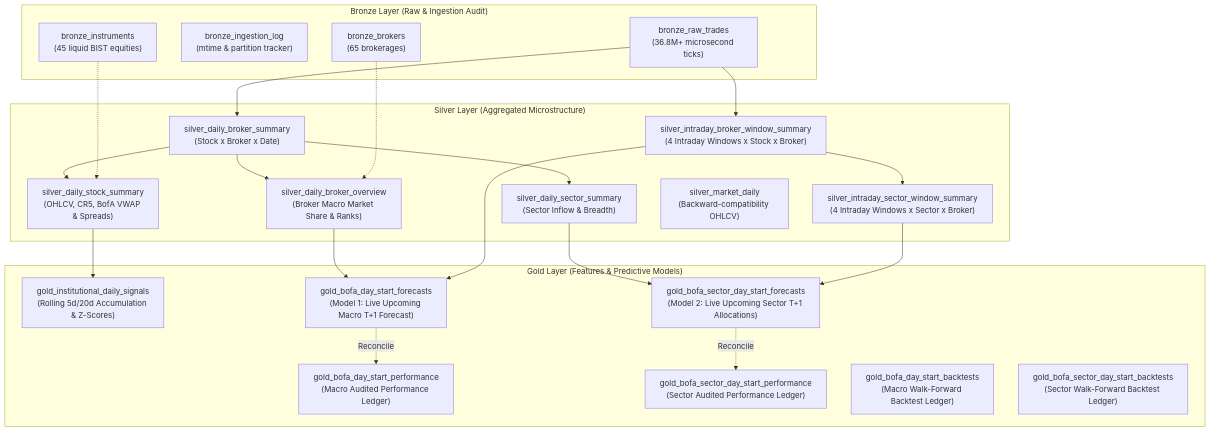
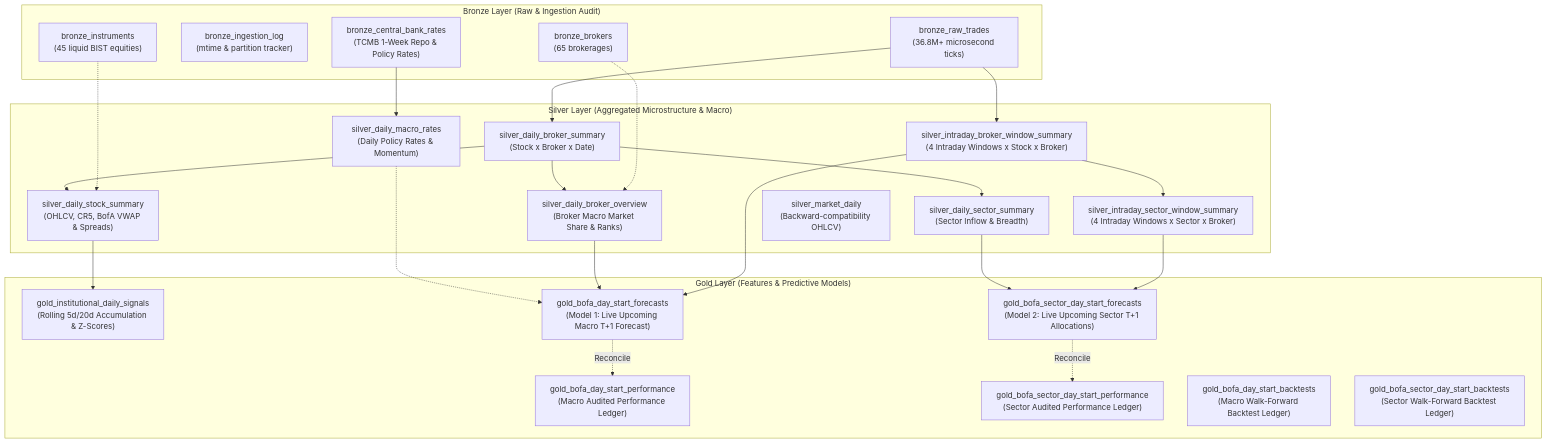
One commit to ozy-mdk/mdk-trade-oracle changed the diagram in .agents/skills/mdk-medallion-pipeline/SKILL.md. Above: the diagram before and after it, drawn with Mermaid. The commit also changed other lines of this file and 9 other files, not shown here.

````diff
--- a/.agents/skills/mdk-medallion-pipeline/SKILL.md
+++ b/.agents/skills/mdk-medallion-pipeline/SKILL.md
@@ -28,47 +28,51 @@
 ```mermaid
 flowchart TD
     subgraph Bronze["Bronze Layer (Raw & Ingestion Audit)"]
         B_RAW["bronze_raw_trades<br/>(36.8M+ microsecond ticks)"]
         B_LOG["bronze_ingestion_log<br/>(mtime & partition tracker)"]
         B_BROK["bronze_brokers<br/>(65 brokerages)"]
         B_INST["bronze_instruments<br/>(45 liquid BIST equities)"]
+        B_CBRT["bronze_central_bank_rates<br/>(TCMB 1-Week Repo & Policy Rates)"]
     end
 
-    subgraph Silver["Silver Layer (Aggregated Microstructure)"]
+    subgraph Silver["Silver Layer (Aggregated Microstructure & Macro)"]
         S_BROK_SUM["silver_daily_broker_summary<br/>(Stock x Broker x Date)"]
         S_BROK_OVR["silver_daily_broker_overview<br/>(Broker Macro Market Share & Ranks)"]
         S_STK_SUM["silver_daily_stock_summary<br/>(OHLCV, CR5, BofA VWAP & Spreads)"]
         S_SEC_SUM["silver_daily_sector_summary<br/>(Sector Inflow & Breadth)"]
         S_WIN_BROK["silver_intraday_broker_window_summary<br/>(4 Intraday Windows x Stock x Broker)"]
         S_WIN_SEC["silver_intraday_sector_window_summary<br/>(4 Intraday Windows x Sector x Broker)"]
+        S_MACRO["silver_daily_macro_rates<br/>(Daily Policy Rates & Momentum)"]
         S_MKT["silver_market_daily<br/>(Backward-compatibility OHLCV)"]
     end
 
     subgraph Gold["Gold Layer (Features & Predictive Models)"]
         G_SIG["gold_institutional_daily_signals<br/>(Rolling 5d/20d Accumulation & Z-Scores)"]
         G_M1["gold_bofa_day_start_forecasts<br/>(Model 1: Live Upcoming Macro T+1 Forecast)"]
         G_M2["gold_bofa_sector_day_start_forecasts<br/>(Model 2: Live Upcoming Sector T+1 Allocations)"]
         G_M1_PERF["gold_bofa_day_start_performance<br/>(Macro Audited Performance Ledger)"]
         G_M2_PERF["gold_bofa_sector_day_start_performance<br/>(Sector Audited Performance Ledger)"]
         G_M1_BT["gold_bofa_day_start_backtests<br/>(Macro Walk-Forward Backtest Ledger)"]
         G_M2_BT["gold_bofa_sector_day_start_backtests<br/>(Sector Walk-Forward Backtest Ledger)"]
     end
 
     B_RAW --> S_BROK_SUM
     B_RAW --> S_WIN_BROK
     B_BROK -.-> S_BROK_OVR
     B_INST -.-> S_STK_SUM
+    B_CBRT --> S_MACRO
 
     S_BROK_SUM --> S_BROK_OVR
     S_BROK_SUM --> S_STK_SUM
     S_BROK_SUM --> S_SEC_SUM
     S_WIN_BROK --> S_WIN_SEC
 
     S_STK_SUM --> G_SIG
     S_WIN_BROK --> G_M1
     S_BROK_OVR --> G_M1
+    S_MACRO -.-> G_M1
     S_WIN_SEC --> G_M2
     S_SEC_SUM --> G_M2
     G_M1 -. Reconcile .-> G_M1_PERF
     G_M2 -. Reconcile .-> G_M2_PERF
 ```
````
